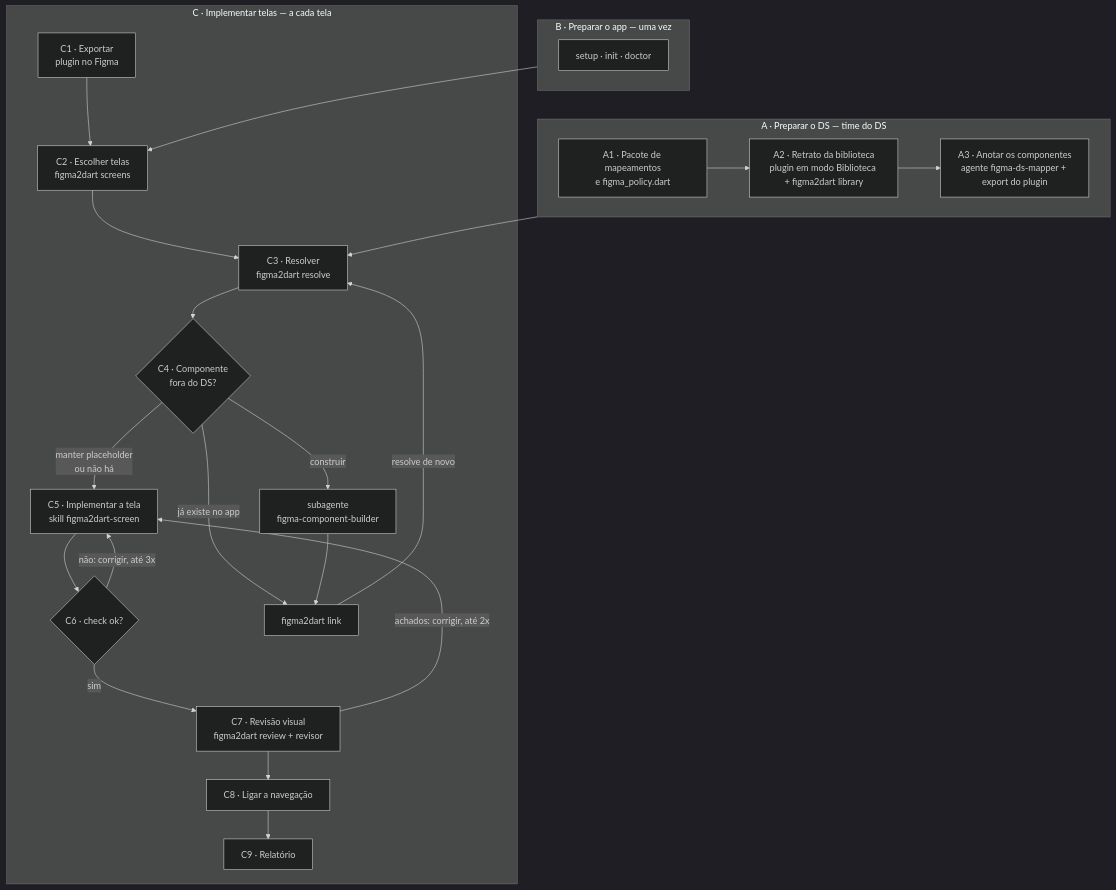
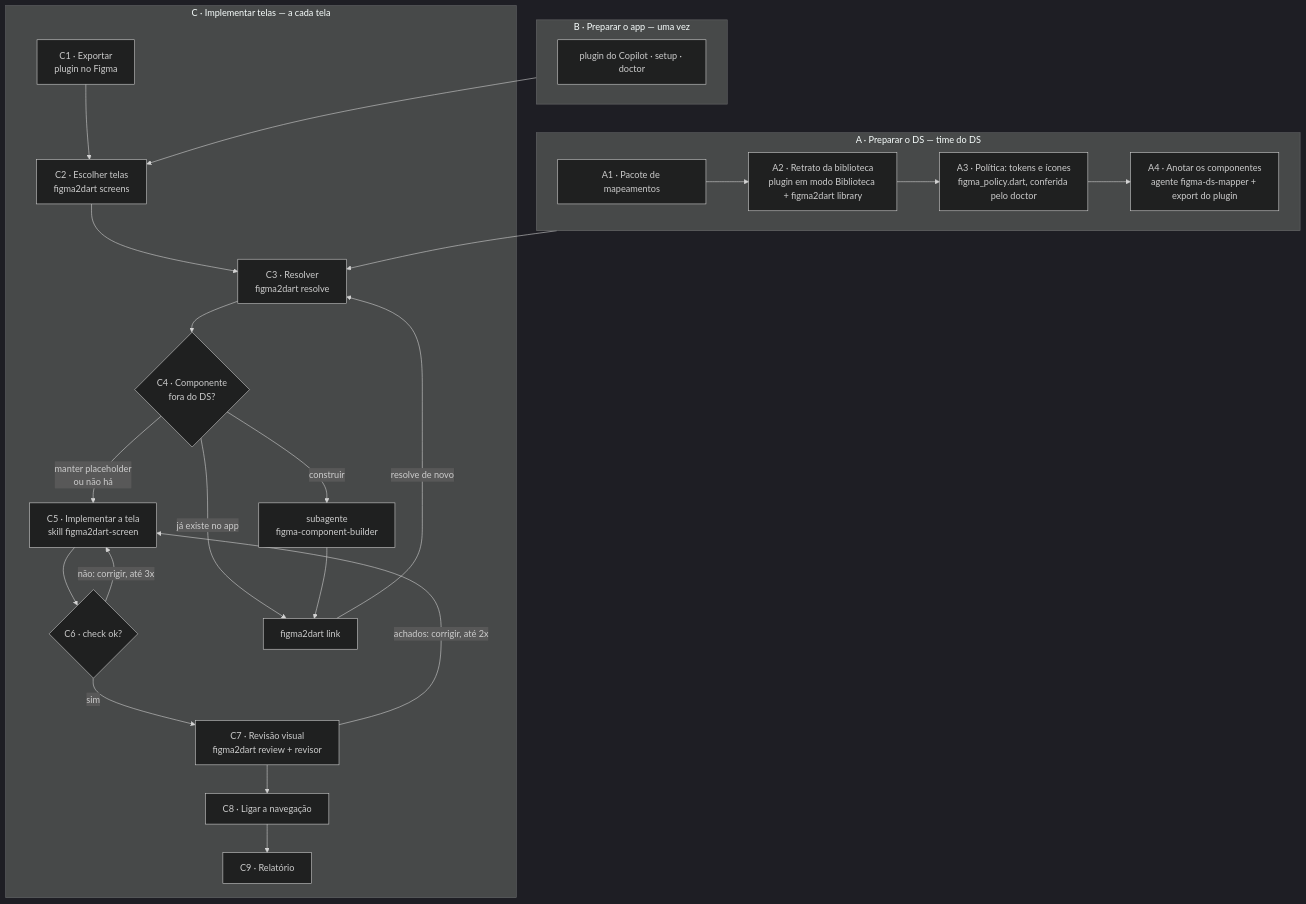
Before and after one commit to pablostefan/figma_to_code: the first of 5 diagrams in docs/COMO_FUNCIONA.md, drawn with Mermaid (dark theme). The commit also changed other lines of this file and 60 other files, not shown here.

````diff
--- a/docs/COMO_FUNCIONA.md
+++ b/docs/COMO_FUNCIONA.md
@@ -28,39 +28,40 @@
 ```mermaid
 flowchart TD
   subgraph A["A · Preparar o DS — time do DS"]
-    A1["A1 · Pacote de mapeamentos<br/>e figma_policy.dart"]
+    A1["A1 · Pacote de mapeamentos"]
     A2["A2 · Retrato da biblioteca<br/>plugin em modo Biblioteca + figma2dart library"]
-    A3["A3 · Anotar os componentes<br/>agente figma-ds-mapper + export do plugin"]
-    A1 --> A2 --> A3
+    A3["A3 · Política: tokens e ícones<br/>figma_policy.dart, conferida pelo doctor"]
+    A4["A4 · Anotar os componentes<br/>agente figma-ds-mapper + export do plugin"]
+    A1 --> A2 --> A3 --> A4
   end
 
   subgraph B["B · Preparar o app — uma vez"]
-    B1["setup · init · doctor"]
+    B1["plugin do Copilot · setup · doctor"]
   end
 
   subgraph C["C · Implementar telas — a cada tela"]
     C1["C1 · Exportar<br/>plugin no Figma"]
     C2["C2 · Escolher telas<br/>figma2dart screens"]
     C3["C3 · Resolver<br/>figma2dart resolve"]
     C4{"C4 · Componente<br/>fora do DS?"}
     C5["C5 · Implementar a tela<br/>skill figma2dart-screen"]
     C6{"C6 · check ok?"}
     C7["C7 · Revisão visual<br/>figma2dart review + revisor"]
     C8["C8 · Ligar a navegação"]
     C9["C9 · Relatório"]
     C1 --> C2 --> C3 --> C4
     C4 -->|"construir"| BLD["subagente<br/>figma-component-builder"]
     C4 -->|"já existe no app"| LNK["figma2dart link"]
     C4 -->|"manter placeholder<br/>ou não há"| C5
     BLD --> LNK
     LNK -->|"resolve de novo"| C3
     C5 --> C6
     C6 -->|"não: corrigir, até 3x"| C5
     C6 -->|"sim"| C7
     C7 -->|"achados: corrigir, até 2x"| C5
     C7 --> C8 --> C9
   end
 
   A --> C3
   B --> C2
 ```
````
